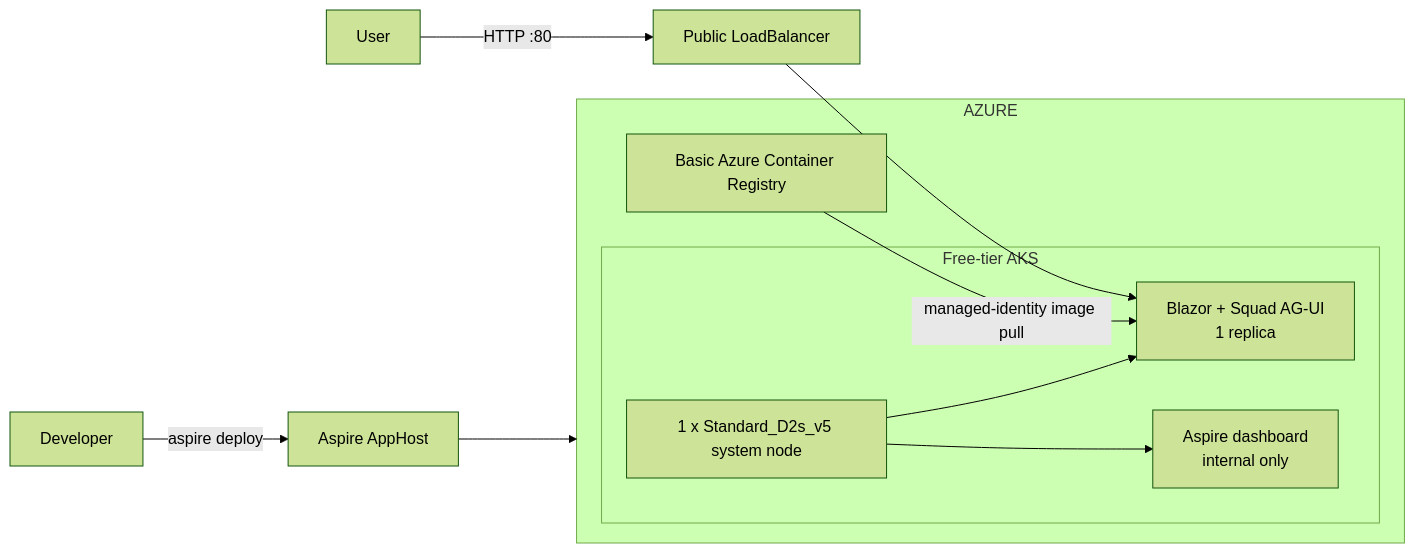
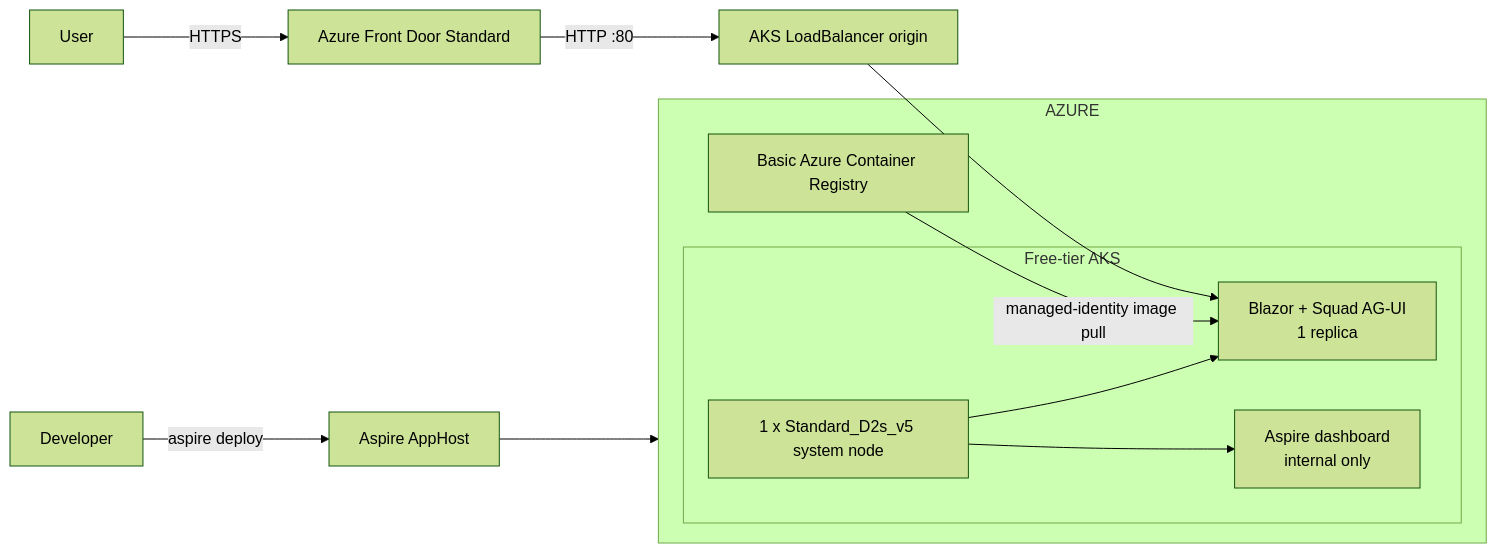
Before and after one commit to bradygaster/squad-on-aks: the diagram in README.md, drawn with Mermaid (forest theme). The commit also changed other lines of this file and 19 other files, not shown here.

First line of the commit message:
Add AppHost-owned Front Door HTTPS edge

````diff
--- a/README.md
+++ b/README.md
@@ -31,22 +34,23 @@
 ```mermaid
 flowchart LR
     DEV["Developer"] -->|"aspire deploy"| APPHOST["Aspire AppHost"]
     APPHOST --> AZURE["Azure resource group"]
 
     subgraph AZURE
         ACR["Basic Azure Container Registry"]
 
         subgraph AKS["Free-tier AKS"]
             NODE["1 x Standard_D2s_v5 system node"]
             APP["Blazor + Squad AG-UI<br/>1 replica"]
             DASH["Aspire dashboard<br/>internal only"]
             NODE --> APP
             NODE --> DASH
         end
 
         ACR -->|"managed-identity image pull"| APP
     end
 
-    USER["User"] -->|"HTTP :80"| LB["Public LoadBalancer"]
+    USER["User"] -->|"HTTPS"| AFD["Azure Front Door Standard"]
+    AFD -->|"HTTP :80"| LB["AKS LoadBalancer origin"]
     LB --> APP
 ```
````
